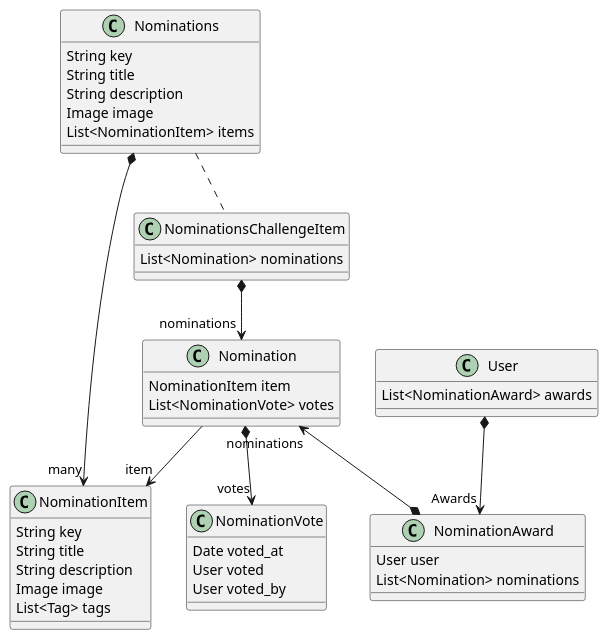
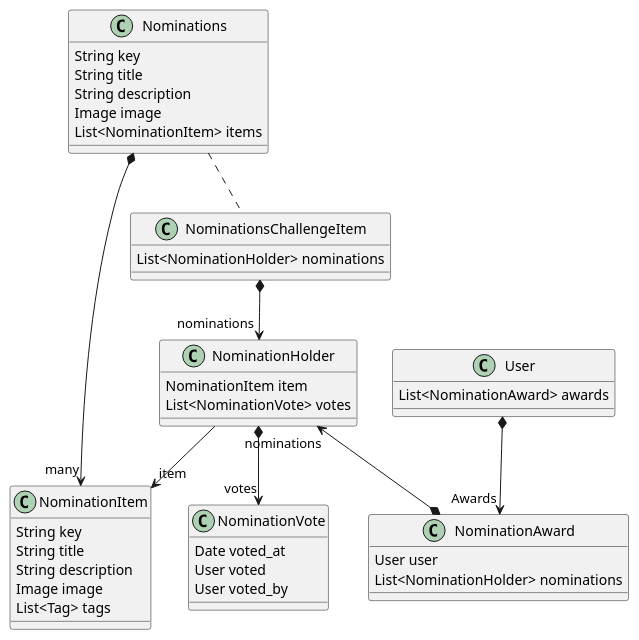
One commit to surielb/pumls changed the diagram in nominations.puml. Above: the diagram before and after it, drawn with PlantUML.

```diff
--- a/nominations.puml
+++ b/nominations.puml
@@ -2,49 +2,49 @@
 @startuml
 
 class NominationItem {
 String key
 String title
 String description
 Image image
 List<Tag> tags
 }
 
 class Nominations {
 String key
 String title
 String description
 Image image
 List<NominationItem> items
 }
 
 class NominationVote{
   Date voted_at
   User voted
   User voted_by
 }
-class Nomination{
+class NominationHolder{
   NominationItem item
   List<NominationVote> votes
 }
 
 class NominationsChallengeItem{
-  List<Nomination> nominations
+  List<NominationHolder> nominations
 }
 
 class NominationAward{
   User user
-  List<Nomination> nominations
+  List<NominationHolder> nominations
 }
 class User{
 List<NominationAward> awards
 }
 
 Nominations  *--> "many" NominationItem
-Nomination --> "item" NominationItem
-Nomination *--> "votes" NominationVote
-NominationsChallengeItem *--> "nominations" Nomination
-NominationAward *-up-> "nominations" Nomination
+NominationHolder --> "item" NominationItem
+NominationHolder *--> "votes" NominationVote
+NominationsChallengeItem *--> "nominations" NominationHolder
+NominationAward *-up-> "nominations" NominationHolder
 User *--> "Awards" NominationAward
 Nominations .. NominationsChallengeItem
 
 @enduml
```
